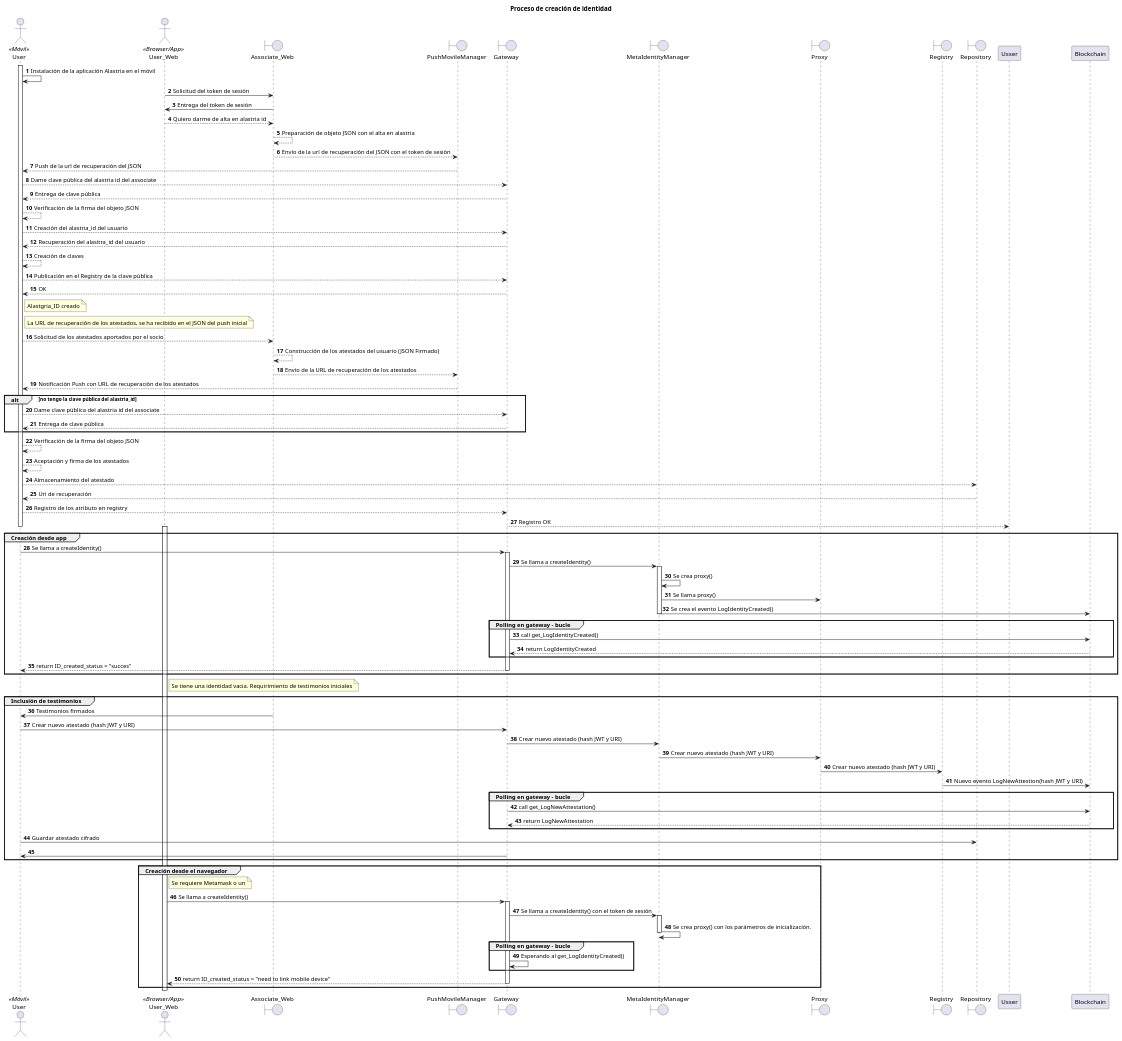
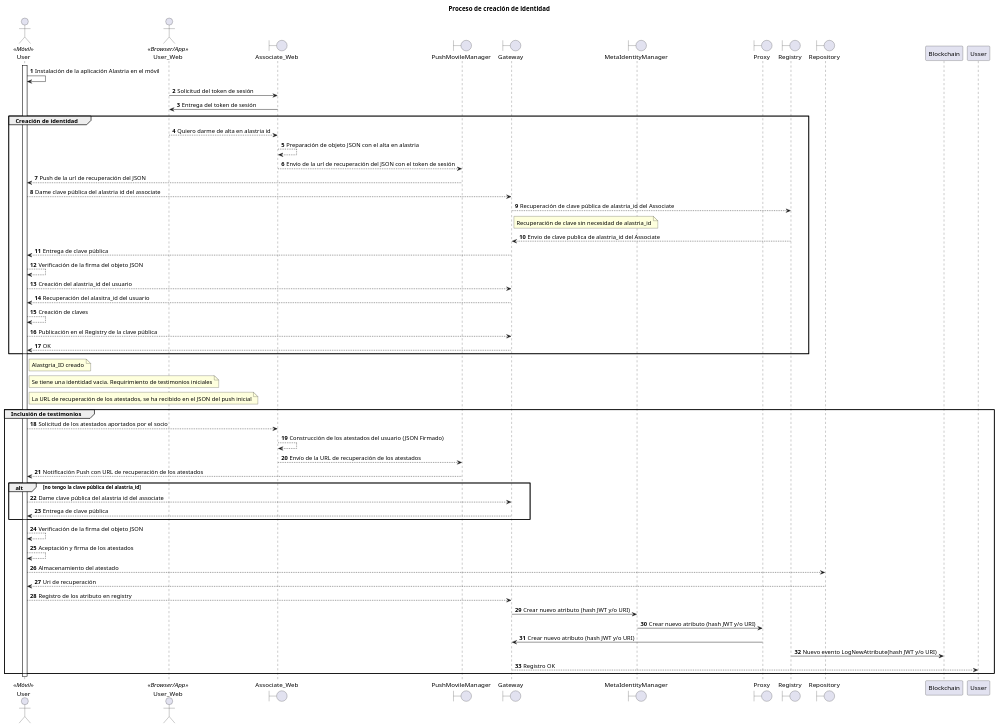
The diagram in diagrams/creación.puml (alastria/alastria-identity), drawn with PlantUML before and after one commit. The commit also changed 1 other file, not shown here.

Commit message:
creacion de identidad sequence

```diff
--- a/diagrams/creación.puml
+++ b/diagrams/creación.puml
@@ -1,111 +1,68 @@
 @startuml
 actor User <<Móvil>>
 actor User_Web <<Browser/App>>
 boundary Associate_Web
 boundary  PushMovileManager
 boundary Gateway
 boundary MetaIdentityManager
 boundary Proxy
 boundary Registry
 
 boundary Repository
 autonumber
 title
     Proceso de creación de identidad
 end title
 activate User
 User->User: Instalación de la aplicación Alastria en el móvil
 
 User_Web->Associate_Web: Solicitud del token de sesión
 Associate_Web->User_Web: Entrega del token de sesión
 
+group Creación de identidad
 User_Web-->Associate_Web: Quiero darme de alta en alastria id
 Associate_Web --> Associate_Web: Preparación de objeto JSON con el alta en alastria
 Associate_Web --> PushMovileManager: Envío de la url de recuperación del JSON con el token de sesión
 PushMovileManager --> User: Push de la url de recuperación del JSON
 User --> Gateway : Dame clave pública del alastria id del associate
+Gateway --> Registry: Recuperación de clave pública de alastria_id del Associate
+note right Gateway: Recuperación de clave sin necesidad de alastria_id
+Registry --> Gateway: Envio de clave publica de alastria_id del Associate
 Gateway --> User: Entrega de clave pública
 User --> User: Verificación de la firma del objeto JSON
 User --> Gateway: Creación del alastria_id del usuario
 Gateway --> User: Recuperación del alasitra_id del usuario
 User --> User: Creación de claves
 User --> Gateway: Publicación en el Registry de la clave pública
 Gateway --> User: OK
-
+end
 
 note right User: Alastgria_ID creado
+note right User: Se tiene una identidad vacia. Requirimiento de testimonios iniciales
+note right User: La URL de recuperación de los atestados, se ha recibido en el JSON del push inicial
 
-note right User: La URL de recuperación de los atestados, se ha recibido en el JSON del push inicial
+group Inclusión de testimonios
 User --> Associate_Web: Solicitud de los atestados aportados por el socio
 Associate_Web --> Associate_Web: Construcción de los atestados del usuario (JSON Firmado)
-Associate_Web --> PushMovileManager: Envío de la URL de recuperación de los atestados 
+Associate_Web --> PushMovileManager: Envío de la URL de recuperación de los atestados
 PushMovileManager --> User: Notificación Push con URL de recuperación de los atestados
 alt no tengo la clave pública del alastria_id
   User --> Gateway : Dame clave pública del alastria id del associate
   Gateway --> User: Entrega de clave pública
 end
 User --> User: Verificación de la firma del objeto JSON
 User --> User: Aceptación y firma de los atestados
 
 User --> Repository: Almacenamiento del atestado
 Repository --> User: Uri de recuperación
 
 User --> Gateway: Registro de los atributo en registry
+Gateway -> MetaIdentityManager: Crear nuevo atributo (hash JWT y/o URI)
+MetaIdentityManager -> Proxy: Crear nuevo atributo (hash JWT y/o URI)
+Proxy -> Gateway: Crear nuevo atributo (hash JWT y/o URI)
+Registry -> Blockchain: Nuevo evento LogNewAttribute(hash JWT y/o URI)
 Gateway --> Usser: Registro OK
-
+end
 
 deactivate User
-group Creación desde app
-activate User_Web
-User -> Gateway: Se llama a createIdentity()
-activate Gateway
-Gateway -> MetaIdentityManager: Se llama a createIdentity()
-activate MetaIdentityManager
-MetaIdentityManager -> MetaIdentityManager: Se crea proxy()
-MetaIdentityManager -> Proxy: Se llama proxy()
-MetaIdentityManager -> Blockchain: Se crea el evento LogIdentityCreated()
-deactivate MetaIdentityManager
-group Polling en gateway - bucle
-Gateway -> Blockchain: call get_LogIdentityCreated()
-Blockchain --> Gateway: return LogIdentityCreated
-end
-Gateway --> User: return ID_created_status = "succes"
-deactivate Gateway
-end
-note right User_Web: Se tiene una identidad vacia. Requirimiento de testimonios iniciales
-group Inclusión de testimonios
-Associate_Web -> User: Testimonios firmados
-User -> Gateway: Crear nuevo atestado (hash JWT y URI)
-Gateway -> MetaIdentityManager: Crear nuevo atestado (hash JWT y URI)
-MetaIdentityManager -> Proxy: Crear nuevo atestado (hash JWT y URI)
-Proxy -> Registry: Crear nuevo atestado (hash JWT y URI)
-Registry -> Blockchain: Nuevo evento LogNewAttestion(hash JWT y URI)
-group Polling en gateway - bucle
-Gateway -> Blockchain: call get_LogNewAttestation()
-Blockchain --> Gateway: return LogNewAttestation
-end
-User -> Repository: Guardar atestado cifrado
-Gateway -> User:
-end
-
-
-
-
-
-group Creación desde el navegador
-note right User_Web: Se requiere Metamask o un
-activate User_Web
-User_Web -> Gateway: Se llama a createIdentity()
-activate Gateway
-Gateway -> MetaIdentityManager: Se llama a createIdentity() con el token de sesión
-activate MetaIdentityManager
-MetaIdentityManager -> MetaIdentityManager: Se crea proxy() con los parámetros de inicialización.
-deactivate MetaIdentityManager
-group Polling en gateway - bucle
-Gateway -> Gateway: Esperando al get_LogIdentityCreated()
-end
-Gateway --> User_Web: return ID_created_status = "need to link mobile device"
-deactivate Gateway
-end
-
 @enduml
```
